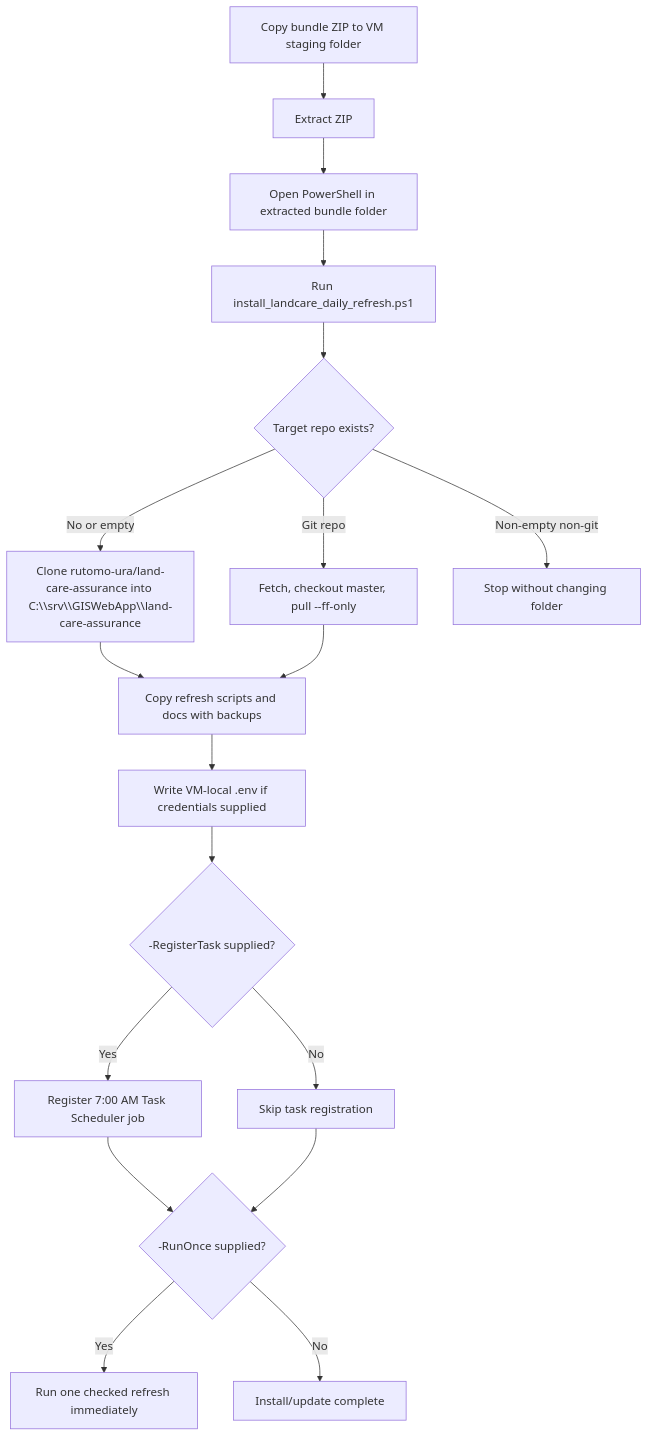
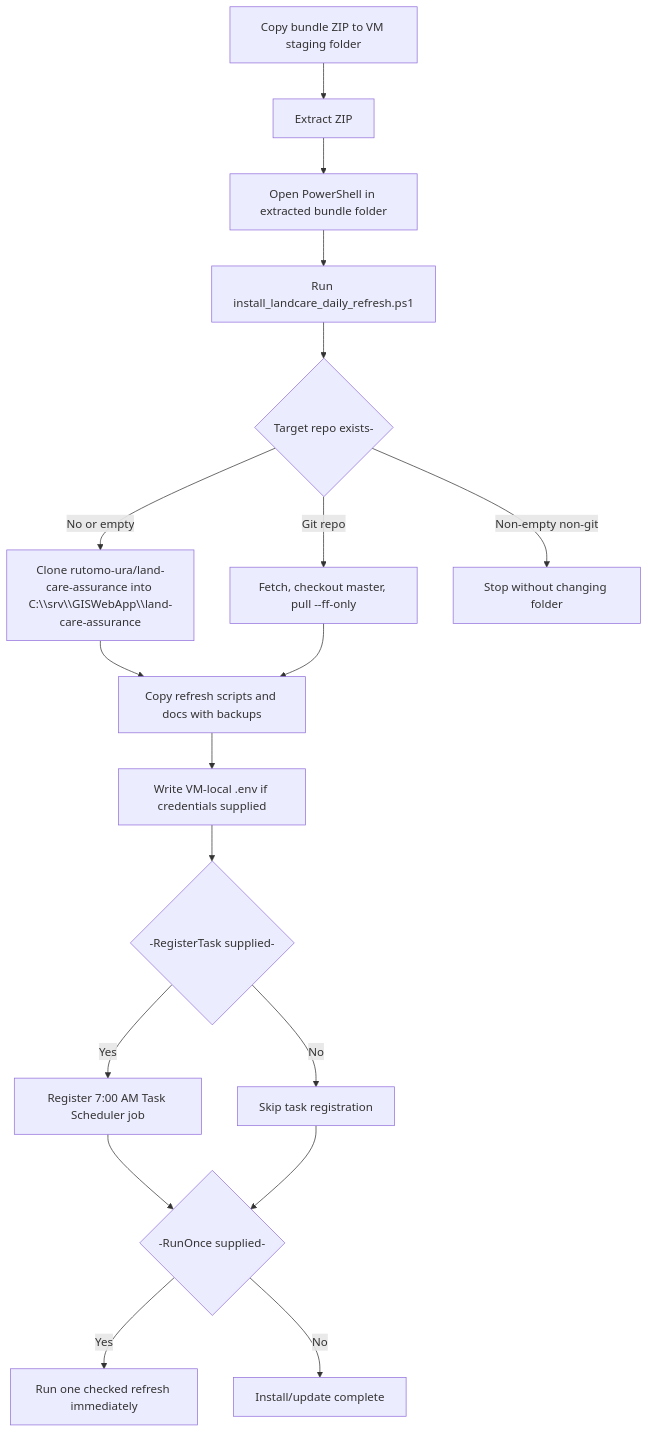
The fourth of 8 diagrams in docs/task-scheduler-vm-operations.md (rutomo-ura/land-care-assurance), drawn with Mermaid before and after one commit. The commit also changed other lines of this file and 7 other files, not shown here.

````diff
--- a/docs/task-scheduler-vm-operations.md
+++ b/docs/task-scheduler-vm-operations.md
@@ -76,20 +76,20 @@
 ```mermaid
 flowchart TD
     A["Copy bundle ZIP to VM staging folder"] --> B["Extract ZIP"]
     B --> C["Open PowerShell in extracted bundle folder"]
     C --> D["Run install_landcare_daily_refresh.ps1"]
-    D --> E{"Target repo exists?"}
+    D --> E{"Target repo exists-"}
     E -->|No or empty| F["Clone rutomo-ura/land-care-assurance into C:\\srv\\GISWebApp\\land-care-assurance"]
     E -->|Git repo| G["Fetch, checkout master, pull --ff-only"]
     E -->|Non-empty non-git| H["Stop without changing folder"]
     F --> I["Copy refresh scripts and docs with backups"]
     G --> I
     I --> J["Write VM-local .env if credentials supplied"]
-    J --> K{"-RegisterTask supplied?"}
+    J --> K{"-RegisterTask supplied-"}
     K -->|Yes| L["Register 7:00 AM Task Scheduler job"]
     K -->|No| M["Skip task registration"]
-    L --> N{"-RunOnce supplied?"}
+    L --> N{"-RunOnce supplied-"}
     M --> N
     N -->|Yes| O["Run one checked refresh immediately"]
     N -->|No| P["Install/update complete"]
 ```
````
